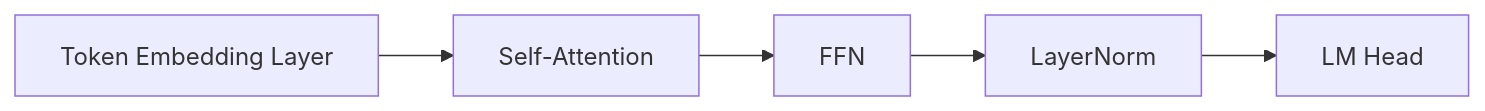
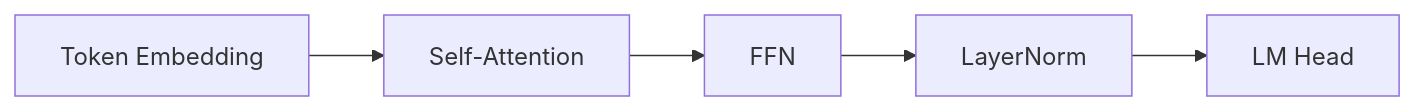
Before and after one commit to ChrisZhu2050/chriszhu2050.github.io: the second of 16 diagrams in index.md, drawn with Mermaid. The commit also changed other lines of this file, not shown here.

````diff
--- a/index.md
+++ b/index.md
@@ -35,4 +35,4 @@
   ```mermaid
       graph LR
-          A["`Token Embedding Layer`"]  --> C["`Self-Attention`"] --> D["`FFN`"] --> E["`LayerNorm`"] --> F["`LM Head`"]
+          A["`Token Embedding`"]  --> C["`Self-Attention`"] --> D["`FFN`"] --> E["`LayerNorm`"] --> F["`LM Head`"]
   ```  
````
